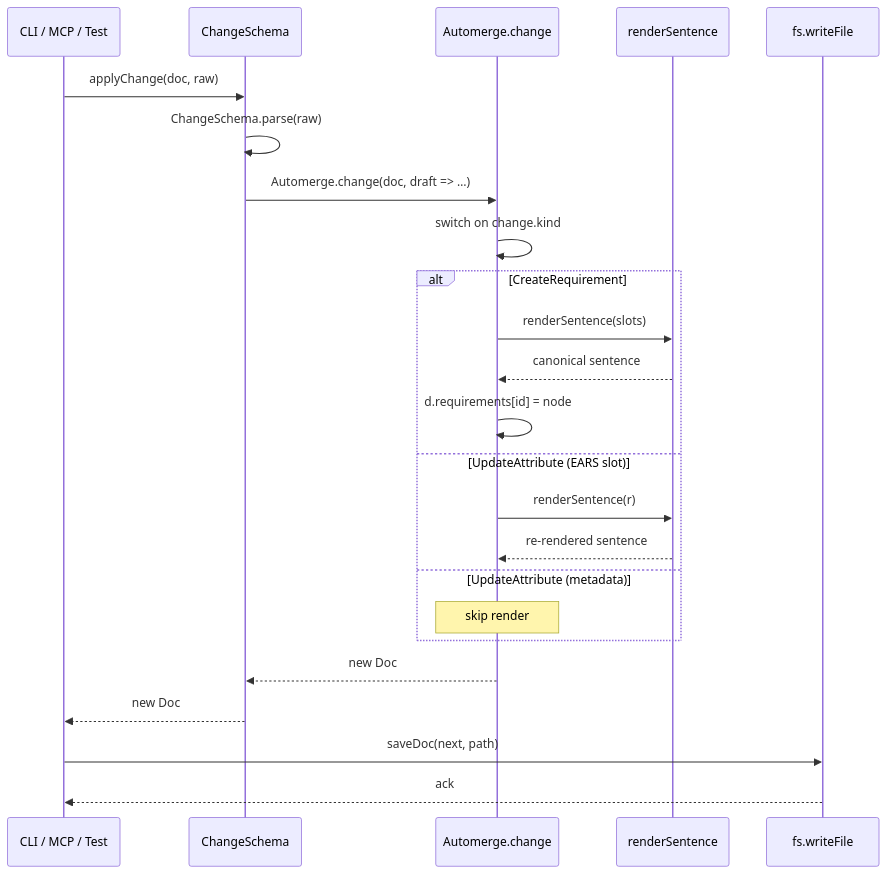
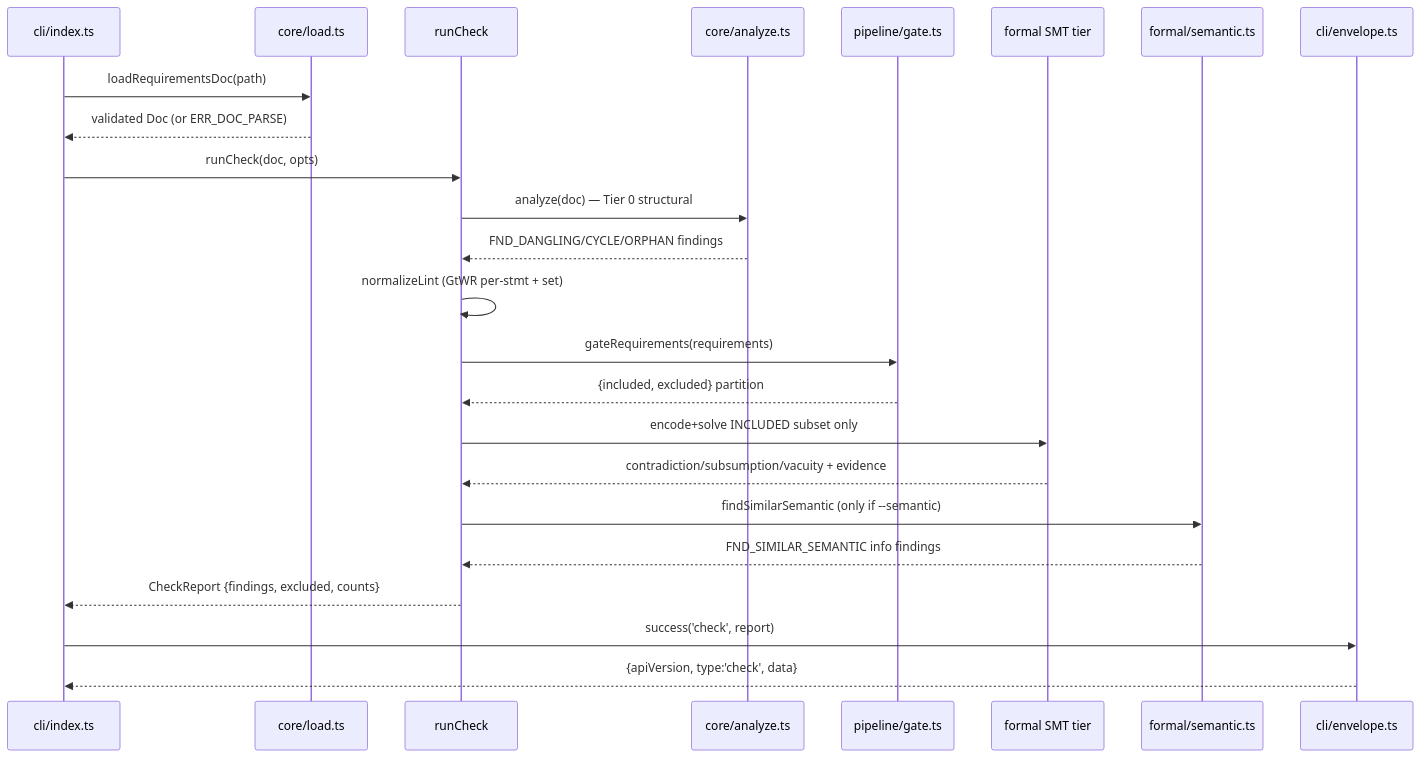
Before and after one commit to theagenticguy/symspec: the first of 3 diagrams in docs/architecture/data-flow.md, drawn with Mermaid. The commit also changed other lines of this file and 20 other files, not shown here.

First line of the commit message:
docs: regenerate codebase doc tree + refresh README for the semantic tier

````diff
--- a/docs/architecture/data-flow.md
+++ b/docs/architecture/data-flow.md
@@ -9,27 +11,26 @@
 ```mermaid
 sequenceDiagram
-    participant Caller as CLI / MCP / Test
-    participant Schema as ChangeSchema
-    participant Auto as Automerge.change
-    participant Render as renderSentence
-    participant FS as fs.writeFile
-
-    Caller->>Schema: applyChange(doc, raw)
-    Schema->>Schema: ChangeSchema.parse(raw)
-    Schema->>Auto: Automerge.change(doc, draft => …)
-    Auto->>Auto: switch on change.kind
-    alt CreateRequirement
-        Auto->>Render: renderSentence(slots)
-        Render-->>Auto: canonical sentence
-        Auto->>Auto: d.requirements[id] = node
-    else UpdateAttribute (EARS slot)
-        Auto->>Render: renderSentence(r)
-        Render-->>Auto: re-rendered sentence
-    else UpdateAttribute (metadata)
-        Note over Auto: skip render
-    end
-    Auto-->>Schema: new Doc
-    Schema-->>Caller: new Doc
-    Caller->>FS: saveDoc(next, path)
-    FS-->>Caller: ack
+    participant CLI as cli/index.ts
+    participant Load as core/load.ts
+    participant Run as runCheck
+    participant An as core/analyze.ts
+    participant Gate as pipeline/gate.ts
+    participant SMT as formal SMT tier
+    participant Sem as formal/semantic.ts
+    participant Env as cli/envelope.ts
+    CLI->>Load: loadRequirementsDoc(path)
+    Load-->>CLI: validated Doc (or ERR_DOC_PARSE)
+    CLI->>Run: runCheck(doc, opts)
+    Run->>An: analyze(doc) — Tier 0 structural
+    An-->>Run: FND_DANGLING/CYCLE/ORPHAN findings
+    Run->>Run: normalizeLint (GtWR per-stmt + set)
+    Run->>Gate: gateRequirements(requirements)
+    Gate-->>Run: {included, excluded} partition
+    Run->>SMT: encode+solve INCLUDED subset only
+    SMT-->>Run: contradiction/subsumption/vacuity + evidence
+    Run->>Sem: findSimilarSemantic (only if --semantic)
+    Sem-->>Run: FND_SIMILAR_SEMANTIC info findings
+    Run-->>CLI: CheckReport {findings, excluded, counts}
+    CLI->>Env: success('check', report)
+    Env-->>CLI: {apiVersion, type:'check', data}
 ```
````
